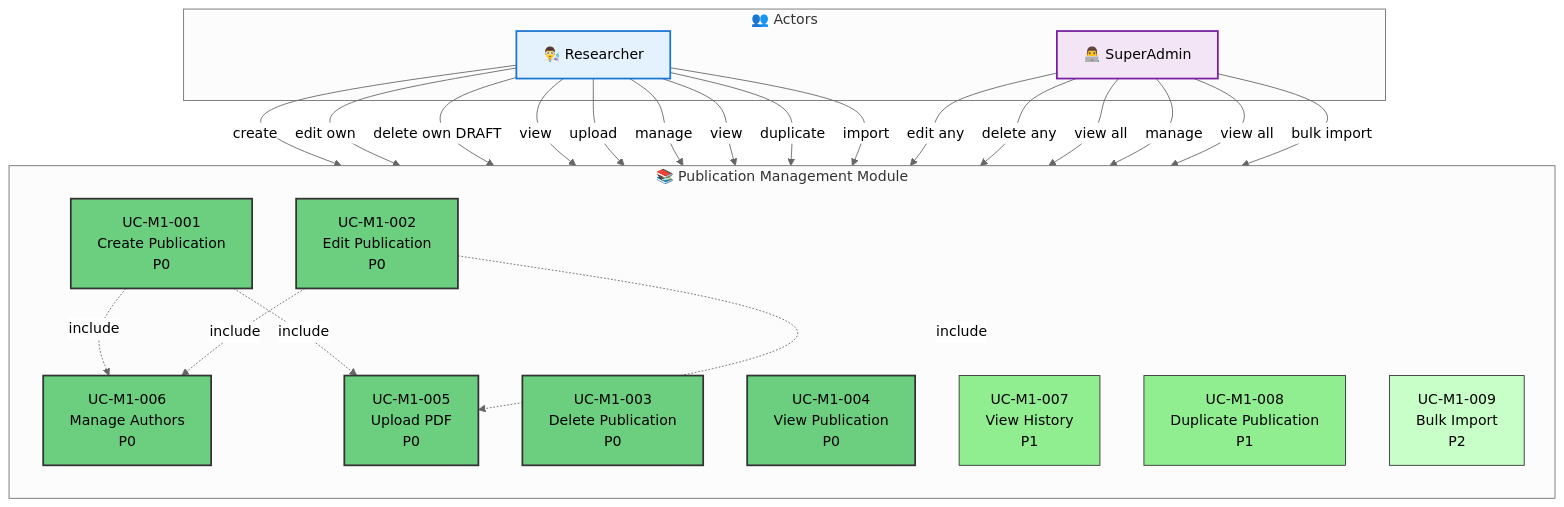
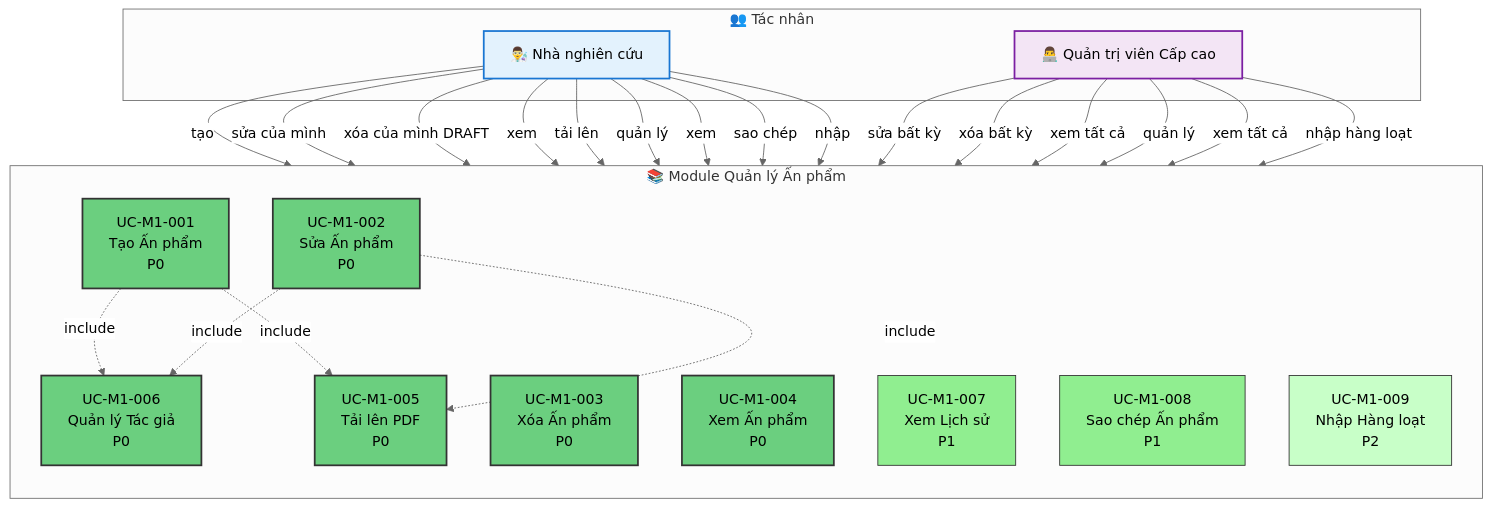
The diagram in docs/06_Diagrams/UseCase/module_01_publication.md (Ng0cTh4nhk5/ufpms-docs), drawn with Mermaid (neutral theme) before and after one commit. The commit also changed other lines of this file and 70 other files, not shown here.

````diff
--- a/docs/06_Diagrams/UseCase/module_01_publication.md
+++ b/docs/06_Diagrams/UseCase/module_01_publication.md
@@ -24,60 +24,60 @@
 ```mermaid
 graph TB
-    subgraph Actors["👥 Actors"]
-        RES[👨‍🔬 Researcher]
-        ADM[👨‍💻 SuperAdmin]
+    subgraph Actors["👥 Tác nhân"]
+        RES[👨‍🔬 Nhà nghiên cứu]
+        ADM[👨‍💻 Quản trị viên Cấp cao]
     end
     
-    subgraph PUB["📚 Publication Management Module"]
+    subgraph PUB["📚 Module Quản lý Ấn phẩm"]
         direction TB
         
-        UC1[UC-M1-001<br/>Create Publication<br/>P0]
-        UC2[UC-M1-002<br/>Edit Publication<br/>P0]
-        UC3[UC-M1-003<br/>Delete Publication<br/>P0]
-        UC4[UC-M1-004<br/>View Publication<br/>P0]
-        UC5[UC-M1-005<br/>Upload PDF<br/>P0]
-        UC6[UC-M1-006<br/>Manage Authors<br/>P0]
-        UC7[UC-M1-007<br/>View History<br/>P1]
-        UC8[UC-M1-008<br/>Duplicate Publication<br/>P1]
-        UC9[UC-M1-009<br/>Bulk Import<br/>P2]
+        UC1[UC-M1-001<br/>Tạo Ấn phẩm<br/>P0]
+        UC2[UC-M1-002<br/>Sửa Ấn phẩm<br/>P0]
+        UC3[UC-M1-003<br/>Xóa Ấn phẩm<br/>P0]
+        UC4[UC-M1-004<br/>Xem Ấn phẩm<br/>P0]
+        UC5[UC-M1-005<br/>Tải lên PDF<br/>P0]
+        UC6[UC-M1-006<br/>Quản lý Tác giả<br/>P0]
+        UC7[UC-M1-007<br/>Xem Lịch sử<br/>P1]
+        UC8[UC-M1-008<br/>Sao chép Ấn phẩm<br/>P1]
+        UC9[UC-M1-009<br/>Nhập Hàng loạt<br/>P2]
         
         %% Include relationships
         UC1 -.->|include| UC6
         UC2 -.->|include| UC6
         UC1 -.->|include| UC5
         UC2 -.->|include| UC5
     end
     
     %% Researcher connections
-    RES -->|create| UC1
-    RES -->|edit own| UC2
-    RES -->|delete own DRAFT| UC3
-    RES -->|view| UC4
-    RES -->|upload| UC5
-    RES -->|manage| UC6
-    RES -->|view| UC7
-    RES -->|duplicate| UC8
-    RES -->|import| UC9
+    RES -->|tạo| UC1
+    RES -->|sửa của mình| UC2
+    RES -->|xóa của mình DRAFT| UC3
+    RES -->|xem| UC4
+    RES -->|tải lên| UC5
+    RES -->|quản lý| UC6
+    RES -->|xem| UC7
+    RES -->|sao chép| UC8
+    RES -->|nhập| UC9
     
     %% SuperAdmin connections
-    ADM -->|edit any| UC2
-    ADM -->|delete any| UC3
-    ADM -->|view all| UC4
-    ADM -->|manage| UC6
-    ADM -->|view all| UC7
-    ADM -->|bulk import| UC9
+    ADM -->|sửa bất kỳ| UC2
+    ADM -->|xóa bất kỳ| UC3
+    ADM -->|xem tất cả| UC4
+    ADM -->|quản lý| UC6
+    ADM -->|xem tất cả| UC7
+    ADM -->|nhập hàng loạt| UC9
     
     %% Styling
     style UC1 fill:#6bcf7f,stroke:#333,stroke-width:2px
     style UC2 fill:#6bcf7f,stroke:#333,stroke-width:2px
     style UC3 fill:#6bcf7f,stroke:#333,stroke-width:2px
     style UC4 fill:#6bcf7f,stroke:#333,stroke-width:2px
     style UC5 fill:#6bcf7f,stroke:#333,stroke-width:2px
     style UC6 fill:#6bcf7f,stroke:#333,stroke-width:2px
     style UC7 fill:#90ee90,stroke:#333,stroke-width:1px
     style UC8 fill:#90ee90,stroke:#333,stroke-width:1px
     style UC9 fill:#c8ffc8,stroke:#333,stroke-width:1px
     
     style RES fill:#e3f2fd,stroke:#1976d2,stroke-width:2px
     style ADM fill:#f3e5f5,stroke:#7b1fa2,stroke-width:2px
 ```
````
